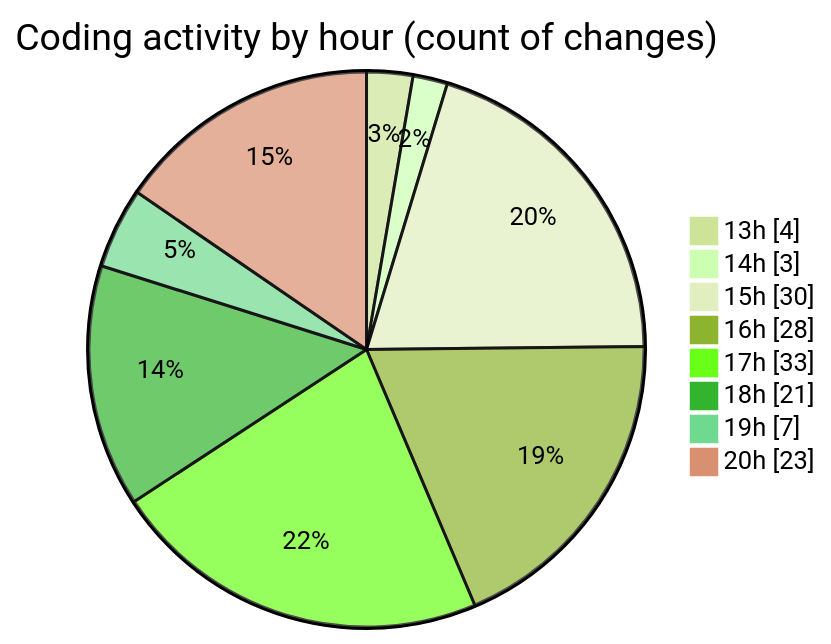
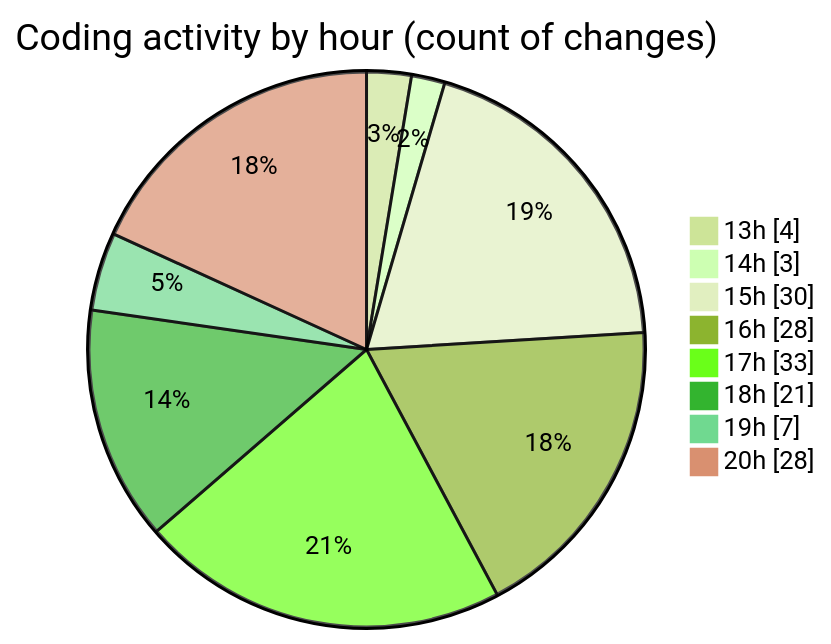
Before and after one commit to EIIisD/code-tracking: the second of 2 diagrams in 2025-08-11/ribbon/README.md, drawn with Mermaid (forest theme). The commit also changed other lines of this file and 1 other file, not shown here.

````diff
--- a/2025-08-11/ribbon/README.md
+++ b/2025-08-11/ribbon/README.md
@@ -52,12 +52,12 @@
 ```mermaid
 pie showData
 title Coding activity by hour (count of changes)
 "13h" : 4
 "14h" : 3
 "15h" : 30
 "16h" : 28
 "17h" : 33
 "18h" : 21
 "19h" : 7
-"20h" : 23
+"20h" : 28
 ```
````
